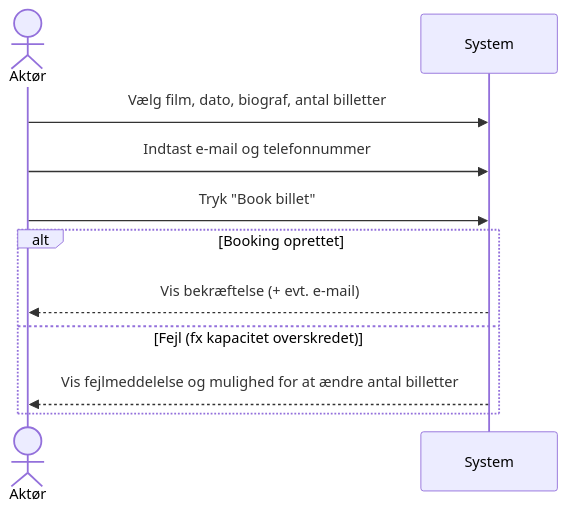
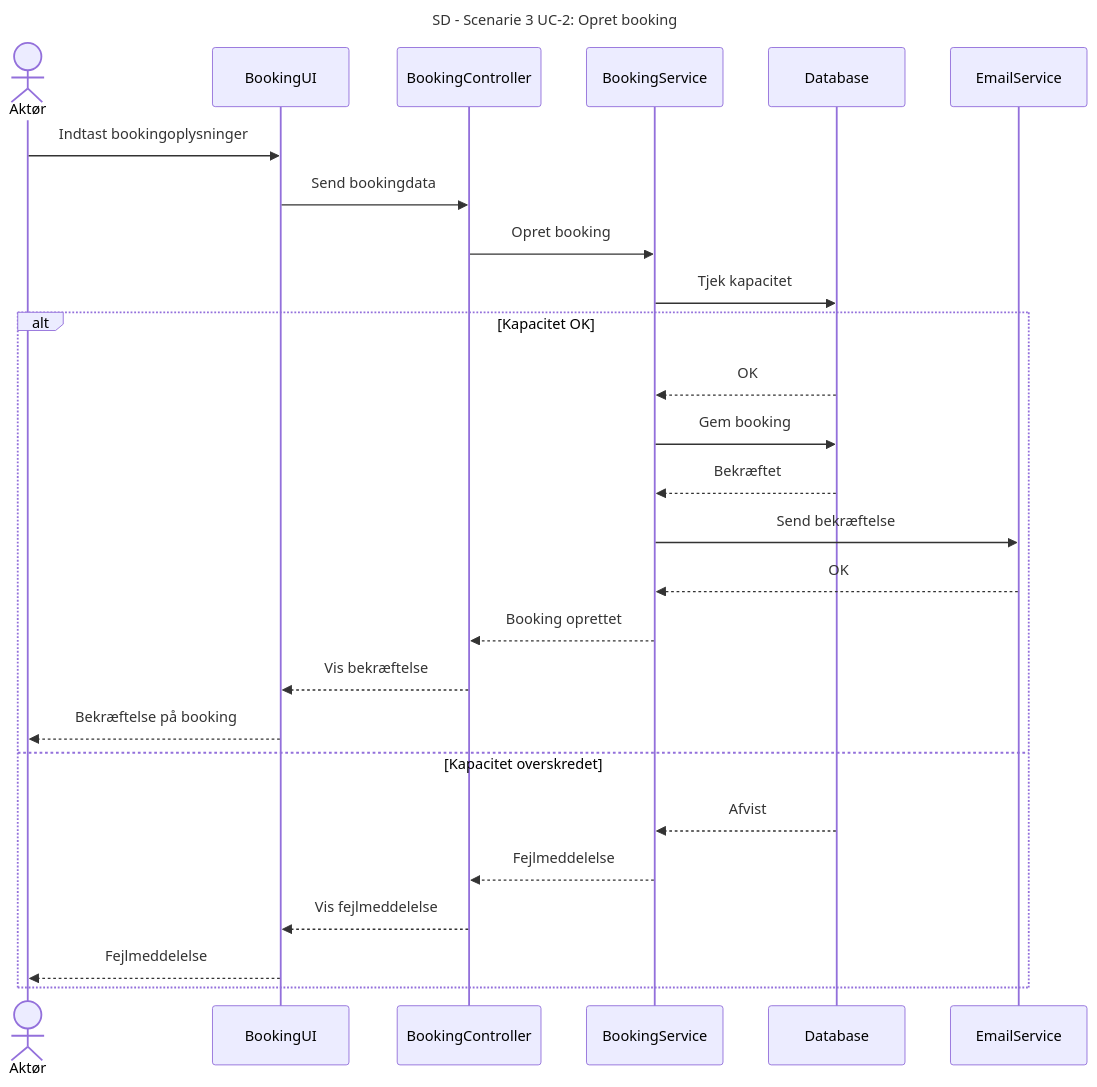
Before and after one commit to DMOoF25/TheMovie: the diagram in docs/Scenarie 3 UC2/SD S3 UC2.mmd, drawn with Mermaid.

Commit message:
Update SD S3 UC2.mmd

```diff
--- a/docs/Scenarie 3 UC2/SD S3 UC2.mmd
+++ b/docs/Scenarie 3 UC2/SD S3 UC2.mmd
@@ -1,12 +1,29 @@
-sequenceDiagram
-   actor Aktør
-    participant System
 
-    Aktør->>System: Vælg film, dato, biograf, antal billetter
-    Aktør->>System: Indtast e-mail og telefonnummer
-    Aktør->>System: Tryk "Book billet"
-    alt Booking oprettet
-        System-->>Aktør: Vis bekræftelse (+ evt. e-mail)
-    else Fejl (fx kapacitet overskredet)
-        System-->>Aktør: Vis fejlmeddelelse og mulighed for at ændre antal billetter
+   sequenceDiagram
+   title SD - Scenarie 3 UC-2: Opret booking
+    actor Aktør
+    participant BookingUI
+    participant BookingController
+    participant BookingService
+    participant Database
+    participant EmailService
+
+    Aktør->>BookingUI: Indtast bookingoplysninger
+    BookingUI->>BookingController: Send bookingdata
+    BookingController->>BookingService: Opret booking
+    BookingService->>Database: Tjek kapacitet
+    alt Kapacitet OK
+        Database-->>BookingService: OK
+        BookingService->>Database: Gem booking
+        Database-->>BookingService: Bekræftet
+        BookingService->>EmailService: Send bekræftelse
+        EmailService-->>BookingService: OK
+        BookingService-->>BookingController: Booking oprettet
+        BookingController-->>BookingUI: Vis bekræftelse
+        BookingUI-->>Aktør: Bekræftelse på booking
+    else Kapacitet overskredet
+        Database-->>BookingService: Afvist
+        BookingService-->>BookingController: Fejlmeddelelse
+        BookingController-->>BookingUI: Vis fejlmeddelelse
+        BookingUI-->>Aktør: Fejlmeddelelse
     end
```
